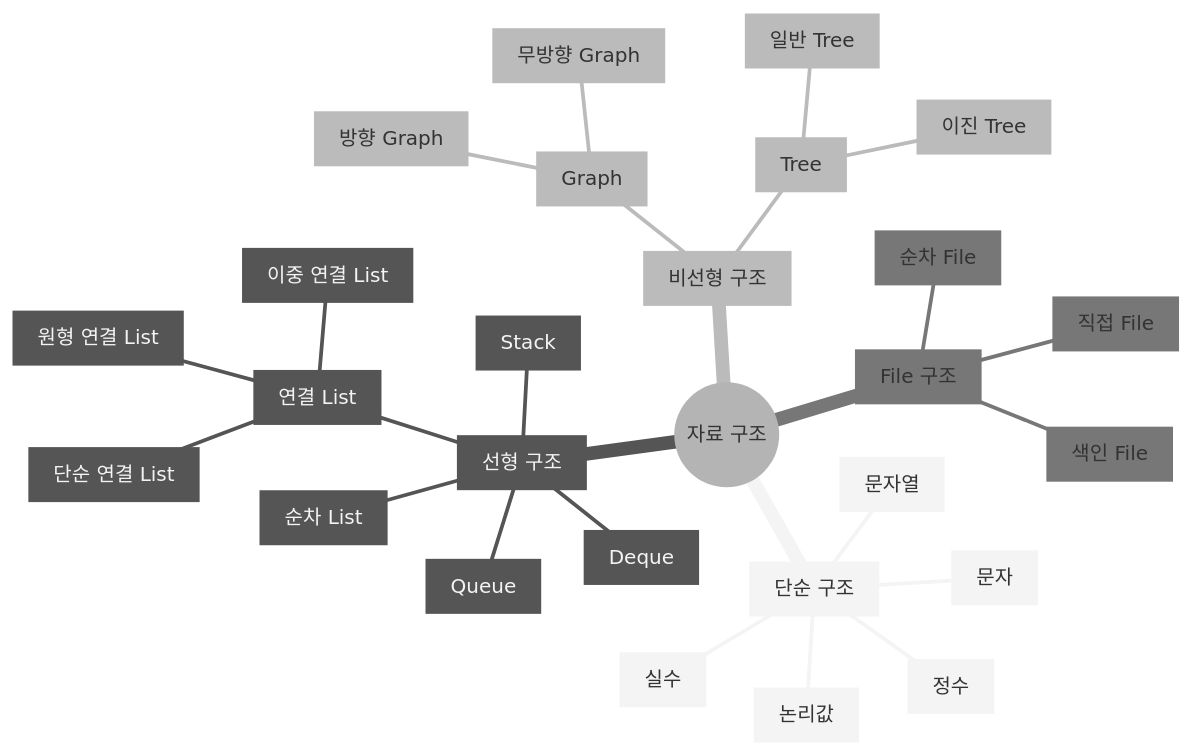
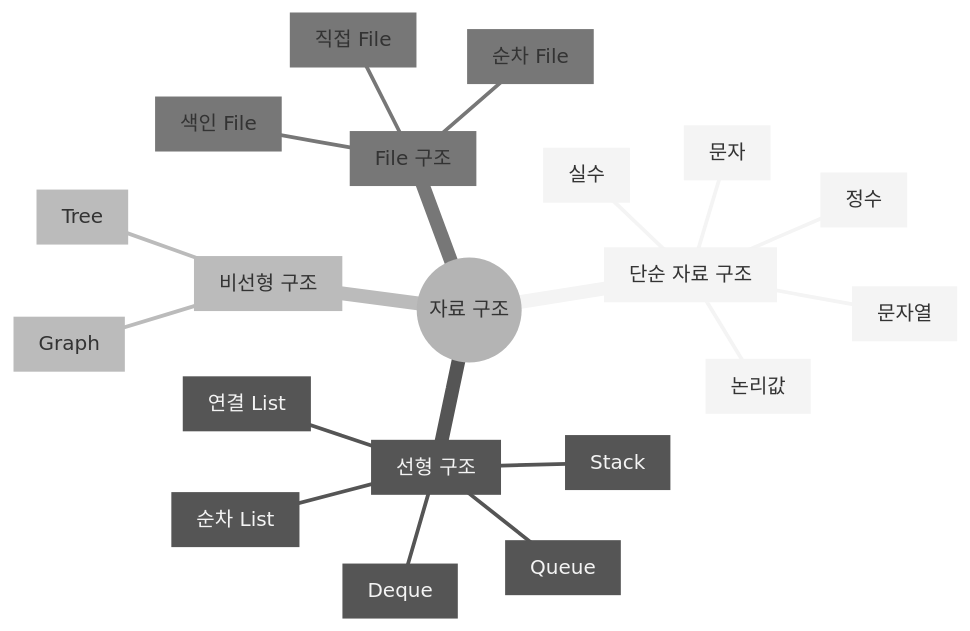
Before and after one commit to choesimin/choesimin.github.io: the diagram in _skills/data-structure/index.md, drawn with Mermaid (neutral theme). The commit also changed other lines of this file and 2 other files, not shown here.

````diff
--- a/_skills/data-structure/index.md
+++ b/_skills/data-structure/index.md
@@ -45,30 +45,23 @@
 ```mermaid
 mindmap
     root((자료 구조))
-        simple-structure[단순 구조]
+        primitive[단순 자료 구조]
             integer[정수]
             float[실수]
             char[문자]
             string[문자열]
             boolean[논리값]
-        linear-structure[선형 구조]
+        linear[선형 구조]
             sequential-list[순차 List]
             linked-list[연결 List]
-                singly-linked-list[단순 연결 List]
-                doubly-linked-list[이중 연결 List]
-                circular-linked-list[원형 연결 List]
             stack[Stack]
             queue[Queue]
             deque[Deque]
-        non-linear-structure[비선형 구조]
+        non-linear[비선형 구조]
             graph[Graph]
-                directed-graph[방향 Graph]
-                undirected-graph[무방향 Graph]
             tree[Tree]
-                general-tree[일반 Tree]
-                binary-tree[이진 Tree]
-        file-structure[File 구조]
+        file[File 구조]
             sequential-file[순차 File]
             indexed-file[색인 File]
             direct-file[직접 File]
 ```
````
